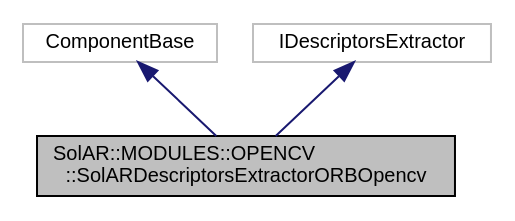
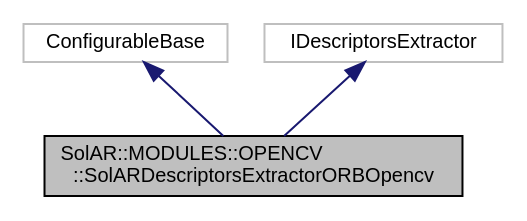
The diagram in api_module_documentation/class_sol_a_r_1_1_m_o_d_u_l_e_s_1_1_o_p_e_n_c_v_1_1_sol_a_r_descriptors_extractor_o_r_b_opencv__coll__graph.dot (SolarFramework/solarframework.github.io), drawn with Graphviz before and after one commit. The commit also changed 412 other files, not shown here.

```diff
--- a/api_module_documentation/class_sol_a_r_1_1_m_o_d_u_l_e_s_1_1_o_p_e_n_c_v_1_1_sol_a_r_descriptors_extractor_o_r_b_opencv__coll__graph.dot
+++ b/api_module_documentation/class_sol_a_r_1_1_m_o_d_u_l_e_s_1_1_o_p_e_n_c_v_1_1_sol_a_r_descriptors_extractor_o_r_b_opencv__coll__graph.dot
@@ -1,10 +1,10 @@
 digraph "SolAR::MODULES::OPENCV::SolARDescriptorsExtractorORBOpencv"
 {
   edge [fontname="Helvetica",fontsize="10",labelfontname="Helvetica",labelfontsize="10"];
   node [fontname="Helvetica",fontsize="10",shape=record];
   Node3 [label="SolAR::MODULES::OPENCV\l::SolARDescriptorsExtractorORBOpencv",height=0.2,width=0.4,color="black", fillcolor="grey75", style="filled", fontcolor="black"];
   Node4 -> Node3 [dir="back",color="midnightblue",fontsize="10",style="solid",fontname="Helvetica"];
-  Node4 [label="ComponentBase",height=0.2,width=0.4,color="grey75", fillcolor="white", style="filled"];
+  Node4 [label="ConfigurableBase",height=0.2,width=0.4,color="grey75", fillcolor="white", style="filled"];
   Node5 -> Node3 [dir="back",color="midnightblue",fontsize="10",style="solid",fontname="Helvetica"];
   Node5 [label="IDescriptorsExtractor",height=0.2,width=0.4,color="grey75", fillcolor="white", style="filled"];
 }
```
